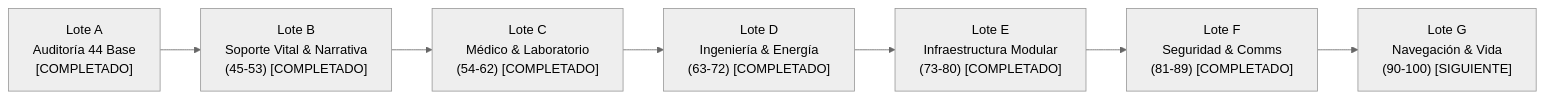
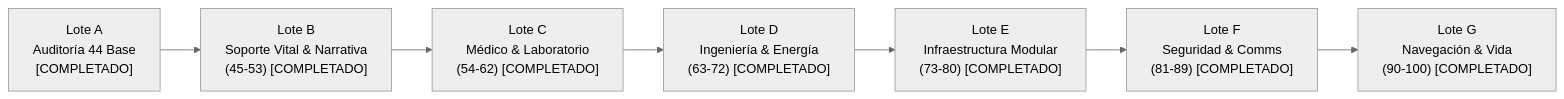
One commit to FrancisCuarto/MODELCODER changed the diagram in docs/BELOW_NOMINAL_100_ASSET_ROADMAP.md. Above: the diagram before and after it, drawn with Mermaid (neutral theme). The commit also changed other lines of this file and 94 other files, not shown here.

Commit message:
feat: complete Lote G (families 90-100) - 100% of Below Nominal procedural roadmap achieved

````diff
--- a/docs/BELOW_NOMINAL_100_ASSET_ROADMAP.md
+++ b/docs/BELOW_NOMINAL_100_ASSET_ROADMAP.md
@@ -13,9 +13,9 @@
 ```mermaid
 flowchart LR
     A["Lote A<br/>Auditoría 44 Base<br/>[COMPLETADO]"] --> B["Lote B<br/>Soporte Vital & Narrativa<br/>(45-53) [COMPLETADO]"]
     B --> C["Lote C<br/>Médico & Laboratorio<br/>(54-62) [COMPLETADO]"]
     C --> D["Lote D<br/>Ingeniería & Energía<br/>(63-72) [COMPLETADO]"]
     D --> E["Lote E<br/>Infraestructura Modular<br/>(73-80) [COMPLETADO]"]
     E --> F["Lote F<br/>Seguridad & Comms<br/>(81-89) [COMPLETADO]"]
-    F --> G["Lote G<br/>Navegación & Vida<br/>(90-100) [SIGUIENTE]"]
+    F --> G["Lote G<br/>Navegación & Vida<br/>(90-100) [COMPLETADO]"]
 ```
````
